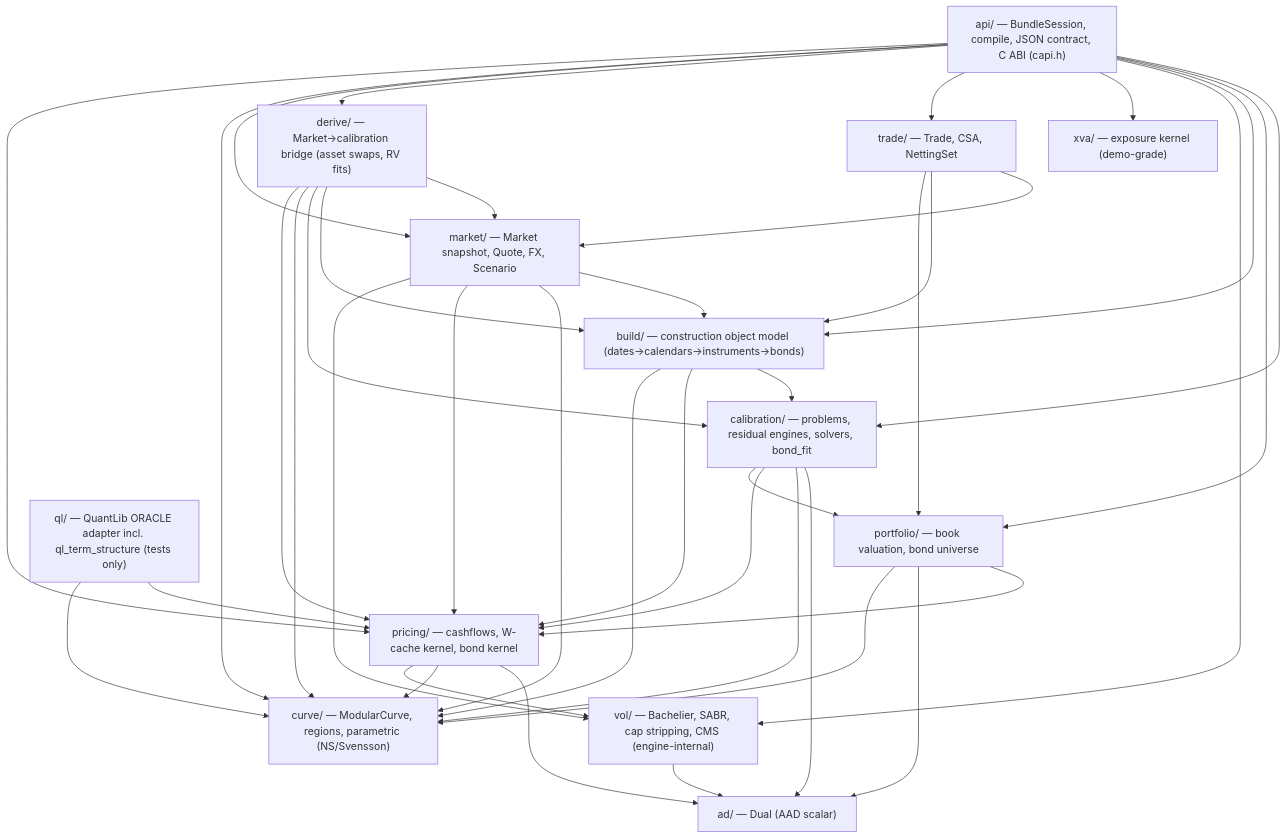
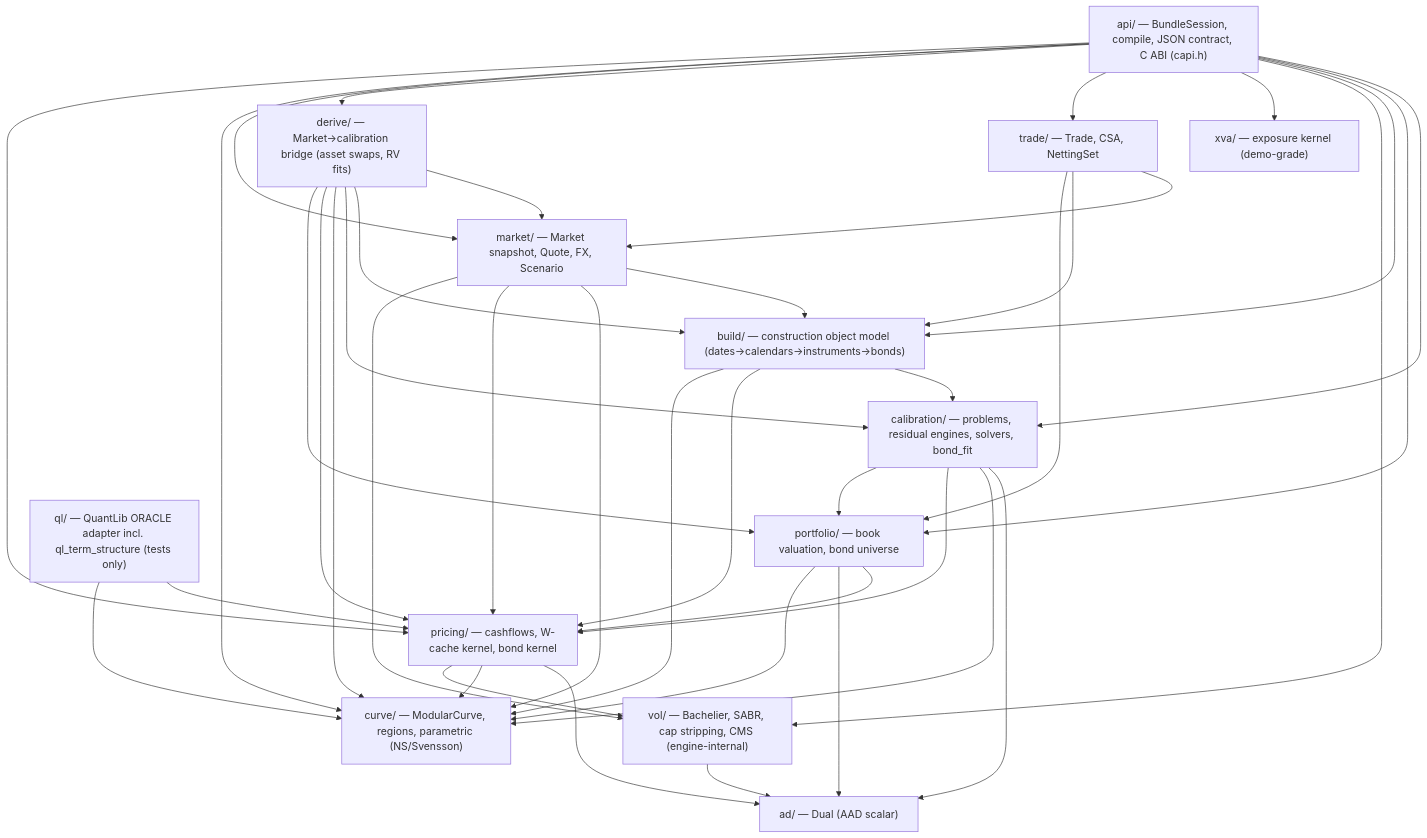
One commit to kbro123/SwapEngine changed the first of 2 diagrams in ARCHITECTURE.md. Above: the diagram before and after it, drawn with Mermaid. The commit also changed 13 other files, not shown here.

````diff
--- a/ARCHITECTURE.md
+++ b/ARCHITECTURE.md
@@ -17,56 +17,57 @@
 ```mermaid
 graph TD
     ad["ad/ — Dual (AAD scalar)"]
     curve["curve/ — ModularCurve, regions, parametric (NS/Svensson)"]
     pricing["pricing/ — cashflows, W-cache kernel, bond kernel"]
     calibration["calibration/ — problems, residual engines, solvers, bond_fit"]
     portfolio["portfolio/ — book valuation, bond universe"]
     build["build/ — construction object model (dates→calendars→instruments→bonds)"]
     vol["vol/ — Bachelier, SABR, cap stripping, CMS (engine-internal)"]
     xva["xva/ — exposure kernel (demo-grade)"]
     market["market/ — Market snapshot, Quote, FX, Scenario"]
     trade["trade/ — Trade, CSA, NettingSet"]
     derive["derive/ — Market→calibration bridge (asset swaps, RV fits)"]
     api["api/ — BundleSession, compile, JSON contract, C ABI (capi.h)"]
     ql["ql/ — QuantLib ORACLE adapter incl. ql_term_structure (tests only)"]
 
     pricing --> ad
     pricing --> curve
     calibration --> ad
     calibration --> curve
     calibration --> pricing
     portfolio --> pricing
     build --> calibration
     build --> pricing
     market --> build
     market --> curve
     market --> pricing
     trade --> market
     trade --> build
     trade --> portfolio
     derive --> market
     derive --> build
     derive --> calibration
     api --> calibration
     api --> portfolio
     api --> build
     api --> vol
     api --> xva
     api --> trade
     api --> derive
     api --> market
     ql --> pricing
     ql --> curve
 
     vol --> ad
     pricing --> vol
     market --> vol
     portfolio --> ad
     portfolio --> curve
     build --> curve
     calibration --> portfolio
     derive --> curve
     derive --> pricing
+    derive --> portfolio
     api --> curve
     api --> pricing
 ```
````
